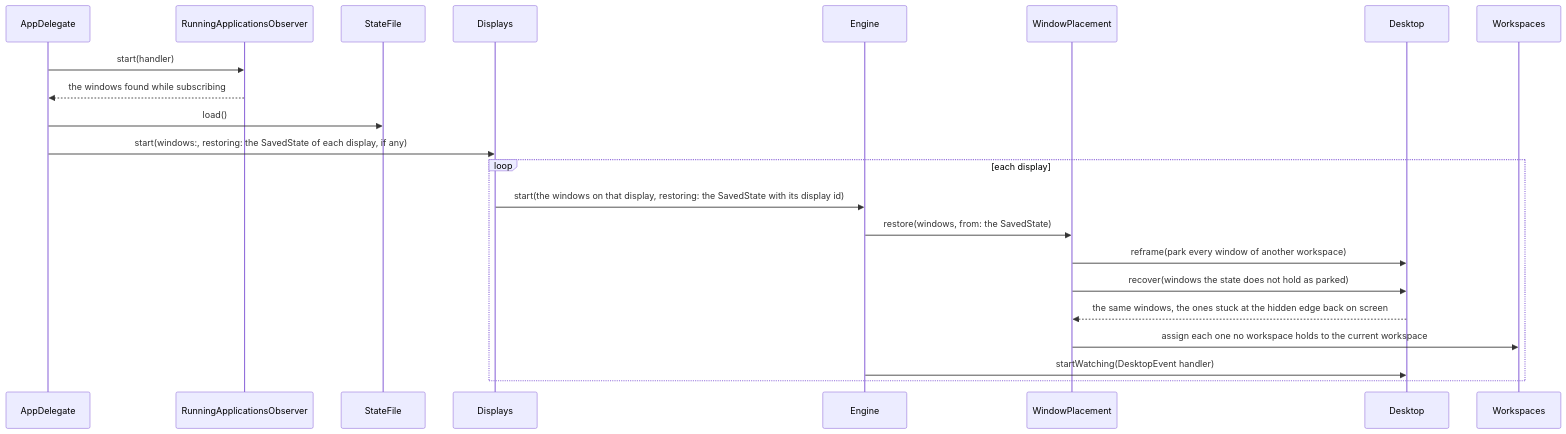
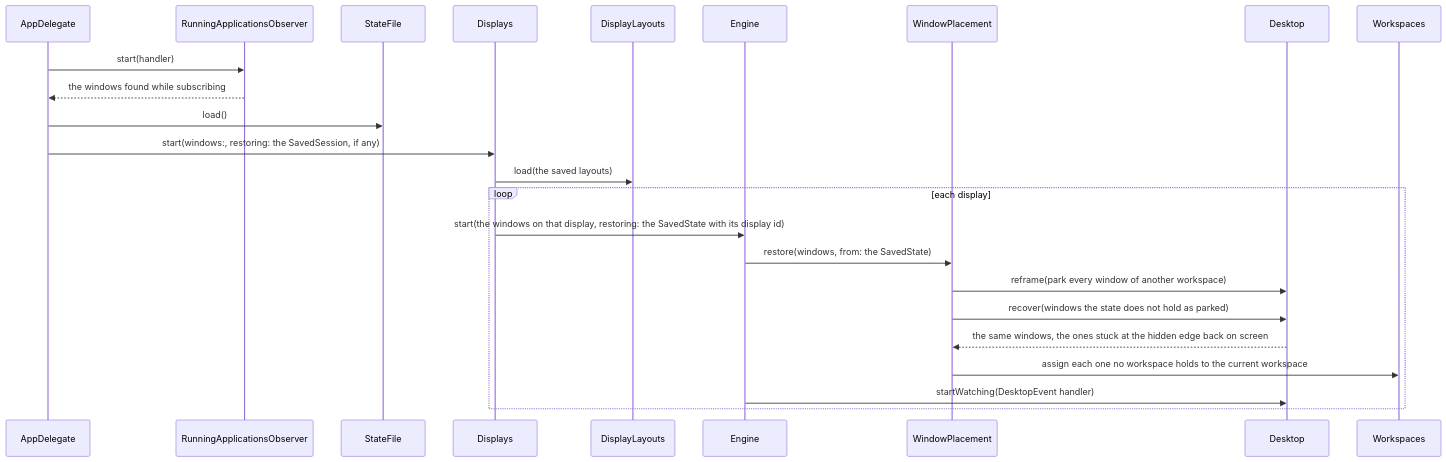
Before and after one commit to brennovich/ottowm: the tenth of 26 diagrams in ARCHITECTURE.md, drawn with Mermaid. The commit also changed other lines of this file and 17 other files, not shown here.

````diff
--- a/ARCHITECTURE.md
+++ b/ARCHITECTURE.md
@@ -276,16 +276,17 @@
 ```mermaid
 sequenceDiagram
     AppDelegate->>RunningApplicationsObserver: start(handler)
     RunningApplicationsObserver-->>AppDelegate: the windows found while subscribing
     AppDelegate->>StateFile: load()
-    AppDelegate->>Displays: start(windows:, restoring: the SavedState of each display, if any)
+    AppDelegate->>Displays: start(windows:, restoring: the SavedSession, if any)
+    Displays->>DisplayLayouts: load(the saved layouts)
     loop each display
         Displays->>Engine: start(the windows on that display, restoring: the SavedState with its display id)
         Engine->>WindowPlacement: restore(windows, from: the SavedState)
         WindowPlacement->>Desktop: reframe(park every window of another workspace)
         WindowPlacement->>Desktop: recover(windows the state does not hold as parked)
         Desktop-->>WindowPlacement: the same windows, the ones stuck at the hidden edge back on screen
         WindowPlacement->>Workspaces: assign each one no workspace holds to the current workspace
         Engine->>Desktop: startWatching(DesktopEvent handler)
     end
 ```
````
